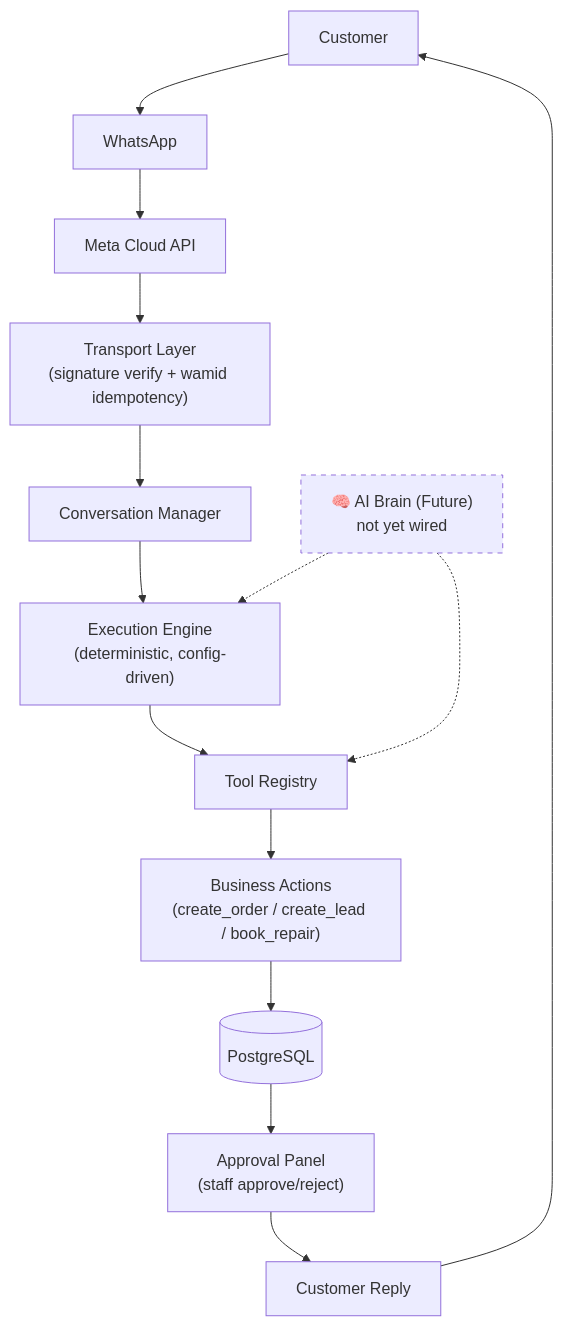
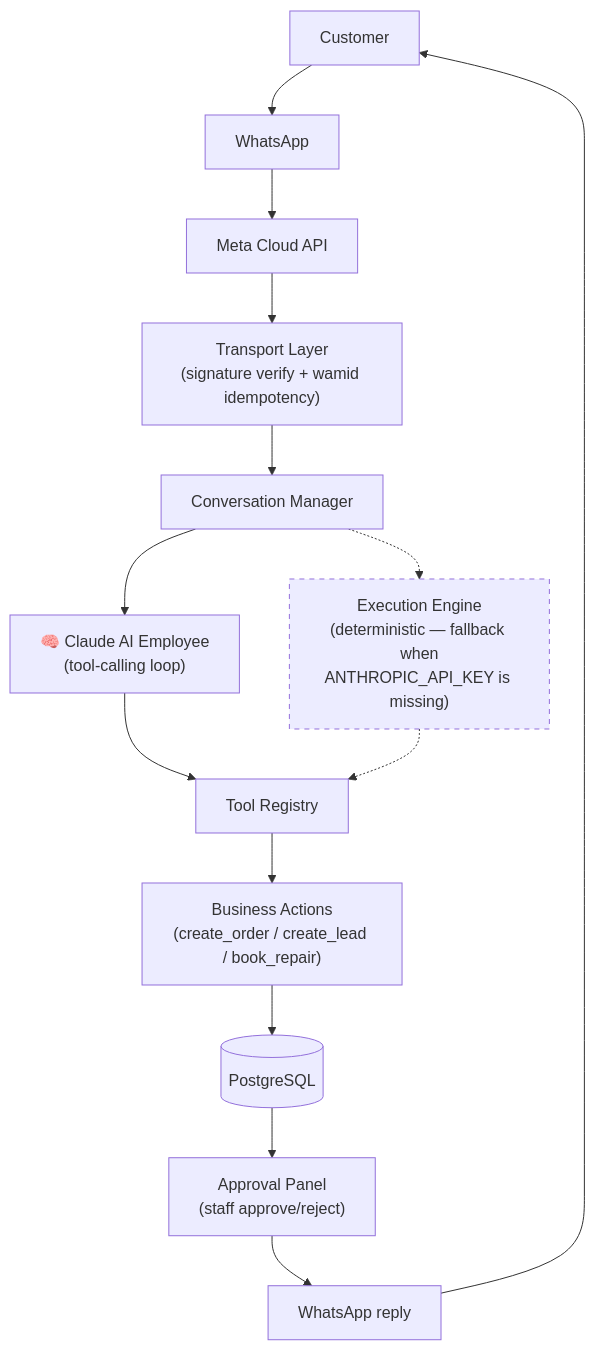
The diagram in README.md (adivazana1256/bizflow-ai), drawn with Mermaid before and after one commit. The commit also changed other lines of this file, not shown here.

Commit message:
Update README for Claude AI employee runtime

````diff
--- a/README.md
+++ b/README.md
@@ -48,19 +52,19 @@
 ```mermaid
 flowchart TD
     A[Customer] --> B[WhatsApp]
     B --> C[Meta Cloud API]
     C --> D["Transport Layer\n(signature verify + wamid idempotency)"]
     D --> E[Conversation Manager]
-    E --> F["Execution Engine\n(deterministic, config-driven)"]
+    E --> F["🧠 Claude AI Employee\n(tool-calling loop)"]
     F --> G[Tool Registry]
     G --> H["Business Actions\n(create_order / create_lead / book_repair)"]
     H --> I[(PostgreSQL)]
     I --> J["Approval Panel\n(staff approve/reject)"]
-    J --> K[Customer Reply]
+    J --> K[WhatsApp reply]
     K --> A
 
-    L["🧠 AI Brain (Future)\nnot yet wired"] -.-> F
-    L -.-> G
+    E -.-> M["Execution Engine\n(deterministic — fallback when\nANTHROPIC_API_KEY is missing)"]
+    M -.-> G
 
-    style L stroke-dasharray: 5 5
+    style M stroke-dasharray: 5 5
 ```
````
